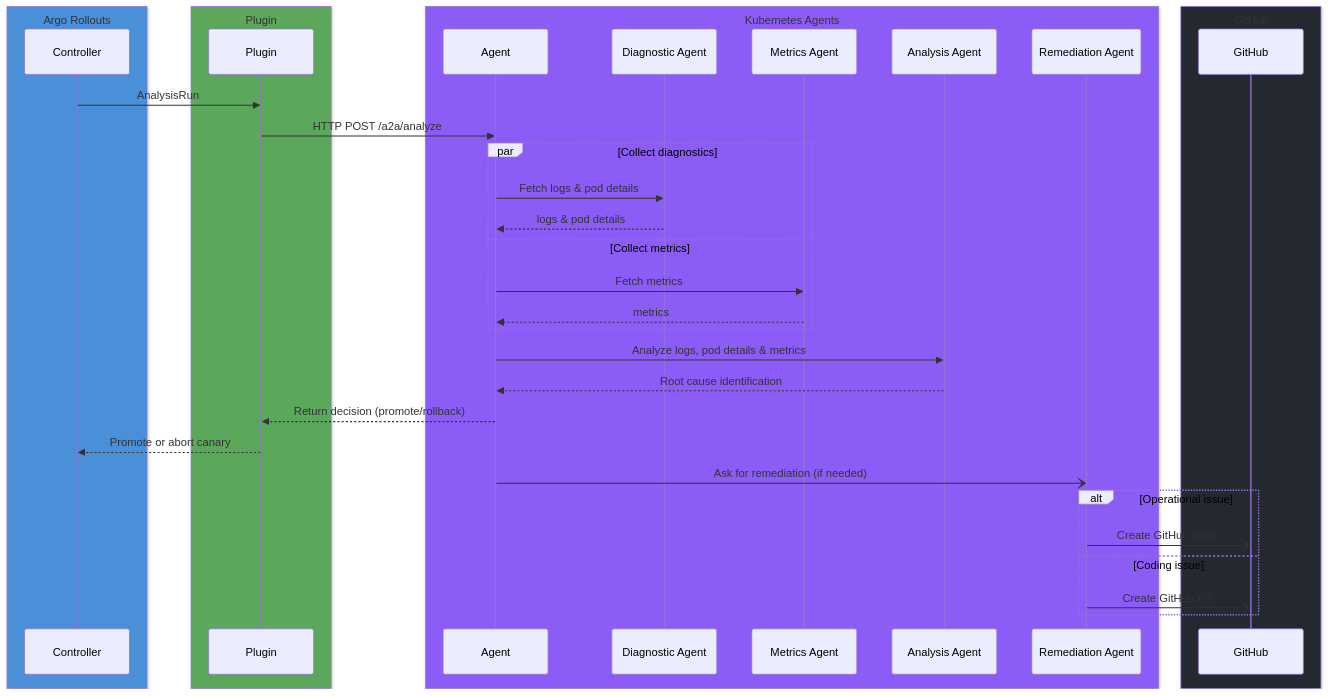
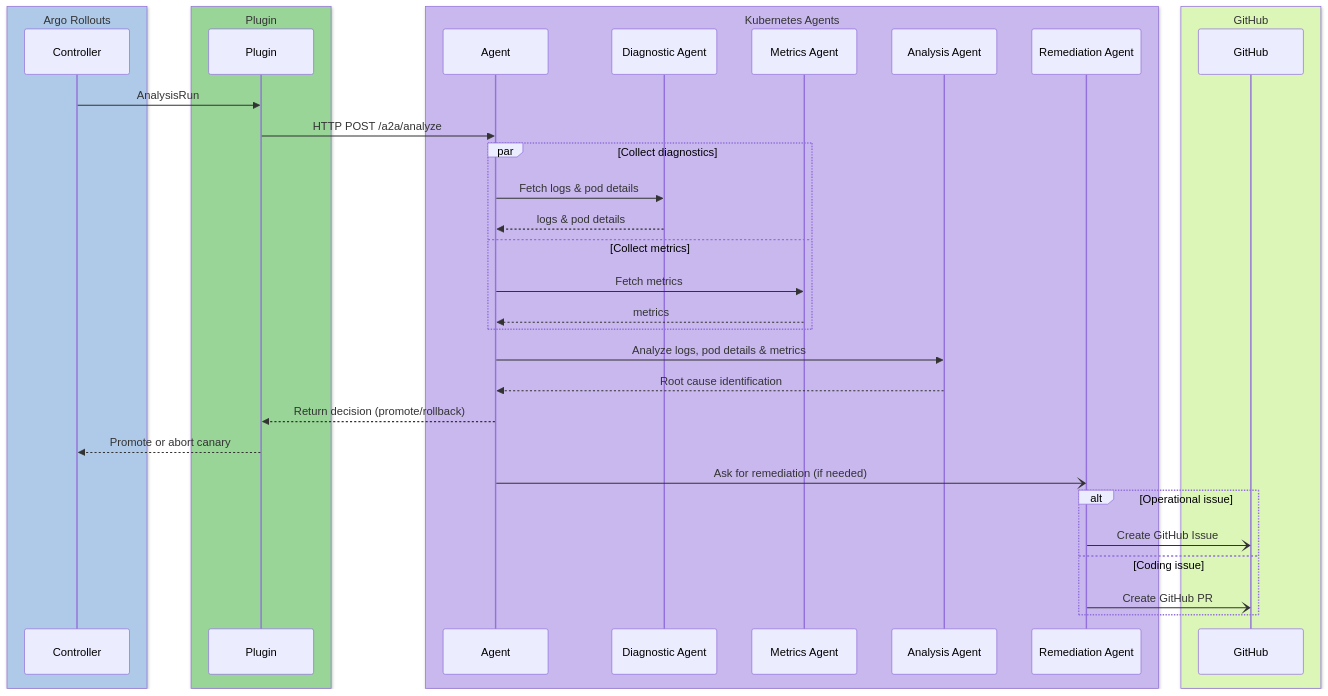
One commit to kdubois/rollouts-plugin-metric-ai changed the diagram in README.md. Above: the diagram before and after it, drawn with Mermaid.

Commit message:
docs: better colors for diagram

````diff
--- a/README.md
+++ b/README.md
@@ -88,39 +88,39 @@
 ```mermaid
 sequenceDiagram
-    box rgb(74,144,217) Argo Rollouts
+    box rgb(175, 202, 232) Argo Rollouts
         participant AC as Controller
     end
-    box rgb(91,168,90) Plugin
+    box rgb(152, 213, 151) Plugin
         participant P as Plugin
     end
-    box rgb(139,92,246) Kubernetes Agents
+    box rgb(200, 184, 238) Kubernetes Agents
         participant KA as Agent
         participant DA as Diagnostic Agent
         participant MA as Metrics Agent
         participant AA as Analysis Agent
         participant RA as Remediation Agent
     end
-    box rgb(36,41,47) GitHub
+    box rgb(220, 246, 184) GitHub
         participant GH as GitHub
     end
 
     AC->>P: AnalysisRun
     P->>KA: HTTP POST /a2a/analyze
     par Collect diagnostics
         KA->>DA: Fetch logs & pod details
         DA-->>KA: logs & pod details
     and Collect metrics
         KA->>MA: Fetch metrics
         MA-->>KA: metrics
     end
     KA->>AA: Analyze logs, pod details & metrics
     AA-->>KA: Root cause identification
     KA-->>P: Return decision (promote/rollback)
     P-->>AC: Promote or abort canary
     KA-)RA: Ask for remediation (if needed)
     alt Operational issue
         RA-)GH: Create GitHub Issue
     else Coding issue
         RA-)GH: Create GitHub PR
     end
 ```
````
